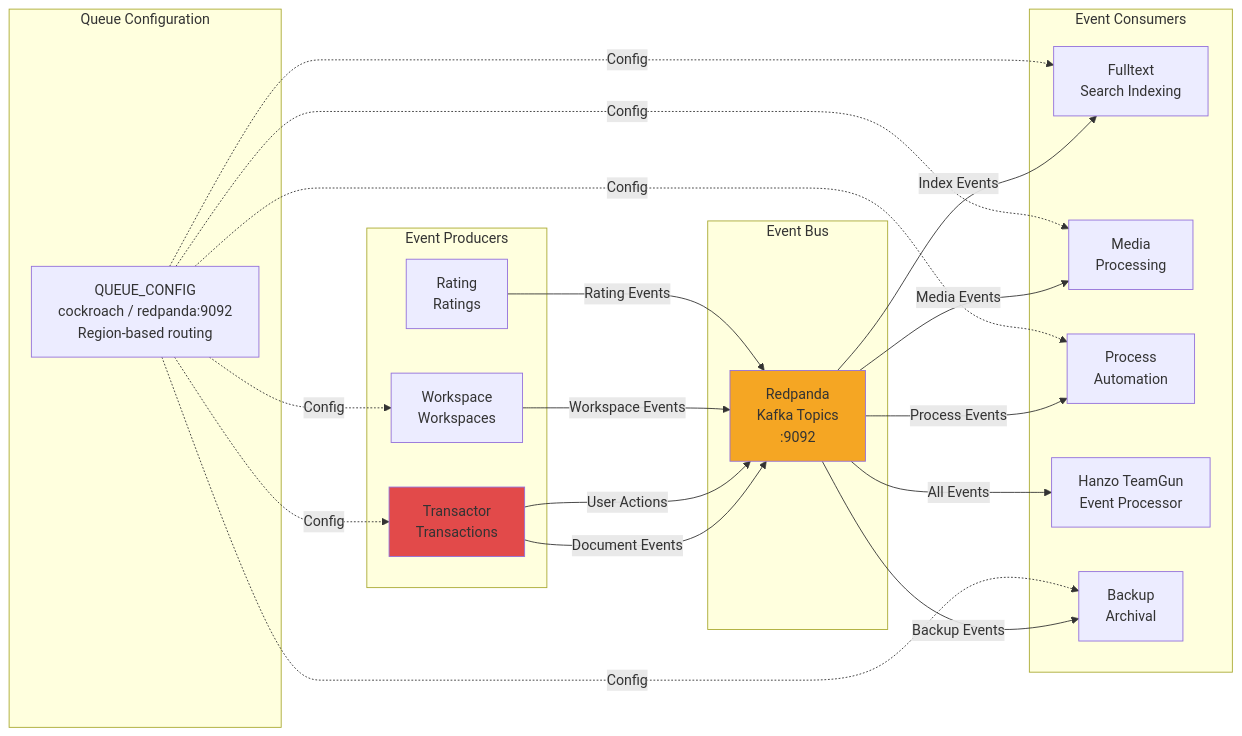
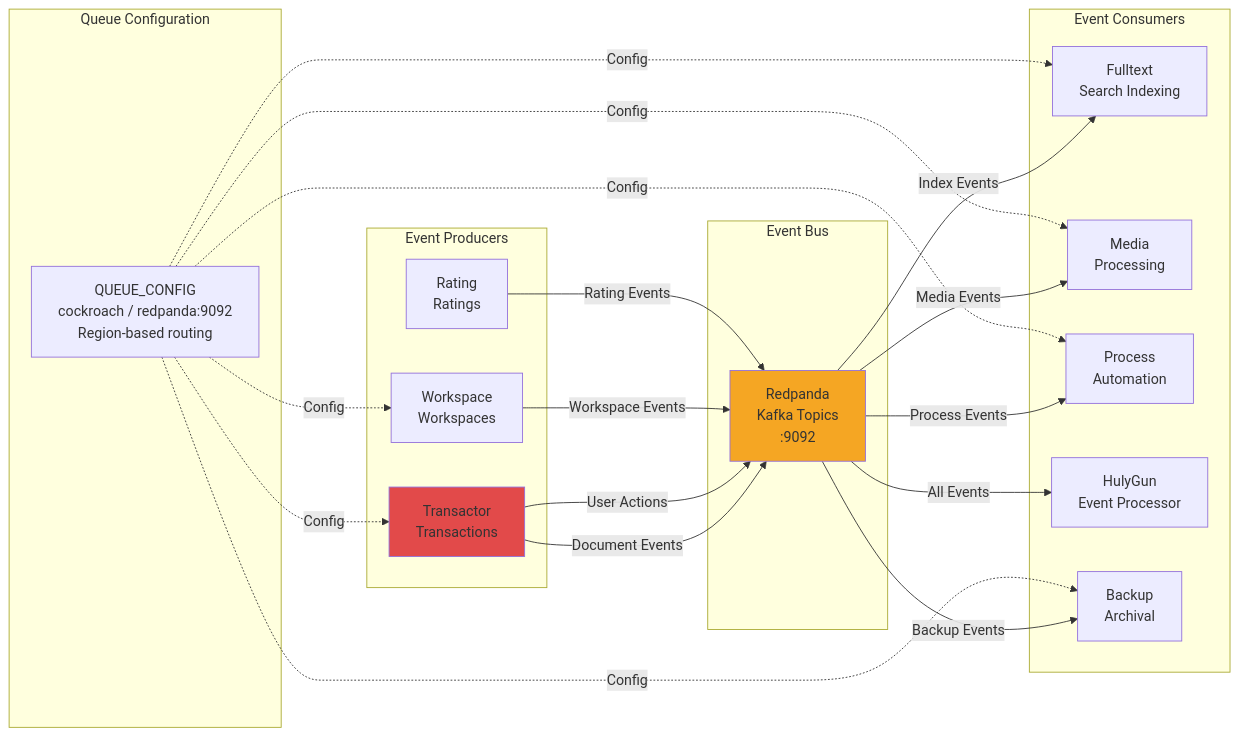
The second of 4 diagrams in ARCHITECTURE_OVERVIEW.md (hanzoai/team), drawn with Mermaid before and after one commit. The commit also changed other lines of this file and 57 other files, not shown here.

````diff
--- a/ARCHITECTURE_OVERVIEW.md
+++ b/ARCHITECTURE_OVERVIEW.md
@@ -216,45 +216,45 @@
 ```mermaid
 graph LR
     subgraph "Event Producers"
         Transactor[Transactor<br/>Transactions]
         Workspace[Workspace<br/>Workspaces]
         Rating[Rating<br/>Ratings]
     end
     
     subgraph "Event Bus"
         Redpanda[Redpanda<br/>Kafka Topics<br/>:9092]
     end
     
     subgraph "Event Consumers"
         Fulltext[Fulltext<br/>Search Indexing]
         Media[Media<br/>Processing]
         Process[Process<br/>Automation]
-        Gun[Hanzo TeamGun<br/>Event Processor]
+        Gun[HulyGun<br/>Event Processor]
         BackupSvc2[Backup<br/>Archival]
     end
     
     subgraph "Queue Configuration"
         QC["QUEUE_CONFIG<br/>cockroach / redpanda:9092<br/>Region-based routing"]
     end
     
     Transactor -->|Document Events| Redpanda
     Transactor -->|User Actions| Redpanda
     Workspace -->|Workspace Events| Redpanda
     Rating -->|Rating Events| Redpanda
     
     Redpanda -->|Index Events| Fulltext
     Redpanda -->|Media Events| Media
     Redpanda -->|Process Events| Process
     Redpanda -->|All Events| Gun
     Redpanda -->|Backup Events| BackupSvc2
     
     QC -.Config.-> Transactor
     QC -.Config.-> Workspace
     QC -.Config.-> Fulltext
     QC -.Config.-> Media
     QC -.Config.-> Process
     QC -.Config.-> BackupSvc2
     
     style Redpanda fill:#F5A623
     style Transactor fill:#E24A4A
 ```
````
